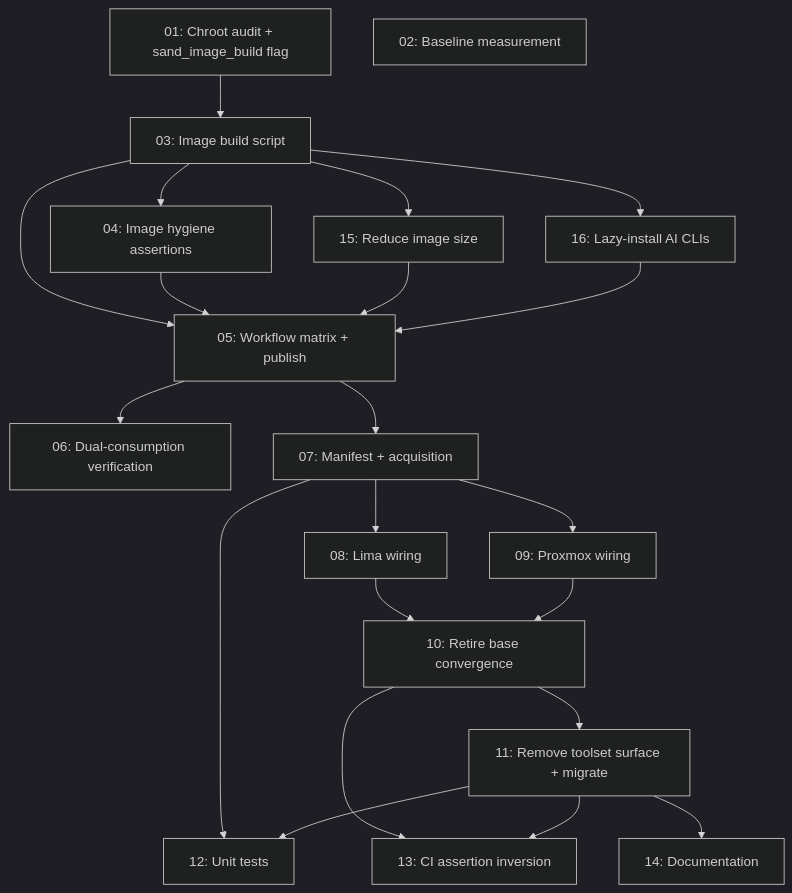
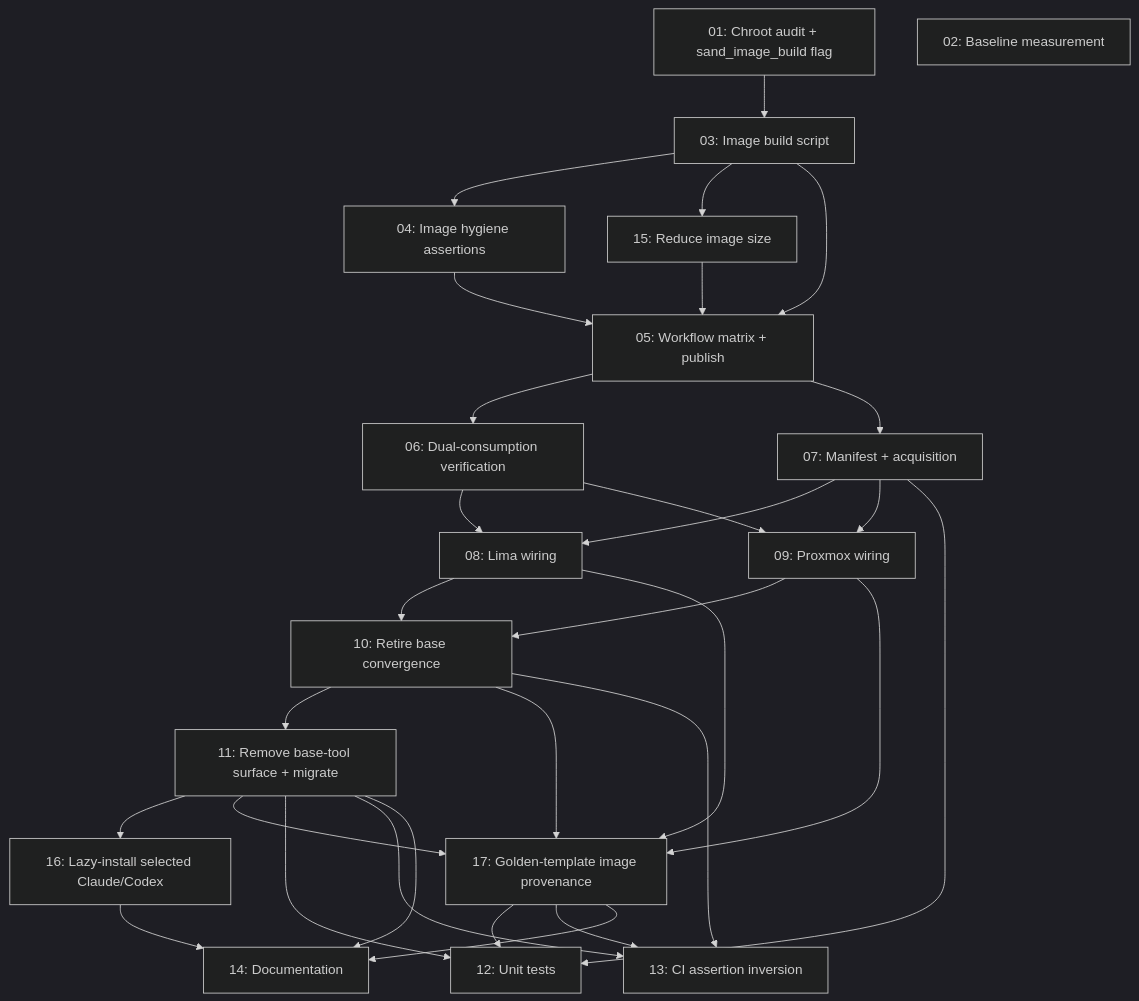
The second of 2 diagrams in .ai/strikethroo/plans/22--baked-base-images/plan-22--baked-base-images.md (Lullabot/sandbar), drawn with Mermaid (dark theme) before and after one commit. The commit also changed other lines of this file and 30 other files, not shown here.

````diff
--- a/.ai/strikethroo/plans/22--baked-base-images/plan-22--baked-base-images.md
+++ b/.ai/strikethroo/plans/22--baked-base-images/plan-22--baked-base-images.md
@@ -303,24 +315,33 @@
 ```mermaid
 graph TD
     T01[01: Chroot audit + sand_image_build flag] --> T03[03: Image build script]
     T02[02: Baseline measurement]
     T03 --> T04[04: Image hygiene assertions]
     T03 --> T15[15: Reduce image size]
-    T03 --> T16[16: Lazy-install AI CLIs]
     T03 --> T05[05: Workflow matrix + publish]
     T04 --> T05
     T15 --> T05
-    T16 --> T05
     T05 --> T06[06: Dual-consumption verification]
     T05 --> T07[07: Manifest + acquisition]
-    T07 --> T08[08: Lima wiring]
-    T07 --> T09[09: Proxmox wiring]
+    T06 --> T08[08: Lima wiring]
+    T07 --> T08
+    T06 --> T09[09: Proxmox wiring]
+    T07 --> T09
     T08 --> T10[10: Retire base convergence]
     T09 --> T10
-    T10 --> T11[11: Remove toolset surface + migrate]
+    T10 --> T11[11: Remove base-tool surface + migrate]
+    T11 --> T16[16: Lazy-install selected Claude/Codex]
+    T08 --> T17[17: Golden-template image provenance]
+    T09 --> T17
+    T10 --> T17
+    T11 --> T17
     T07 --> T12[12: Unit tests]
     T11 --> T12
+    T17 --> T12
     T10 --> T13[13: CI assertion inversion]
     T11 --> T13
+    T17 --> T13
     T11 --> T14[14: Documentation]
+    T16 --> T14
+    T17 --> T14
 ```
````
